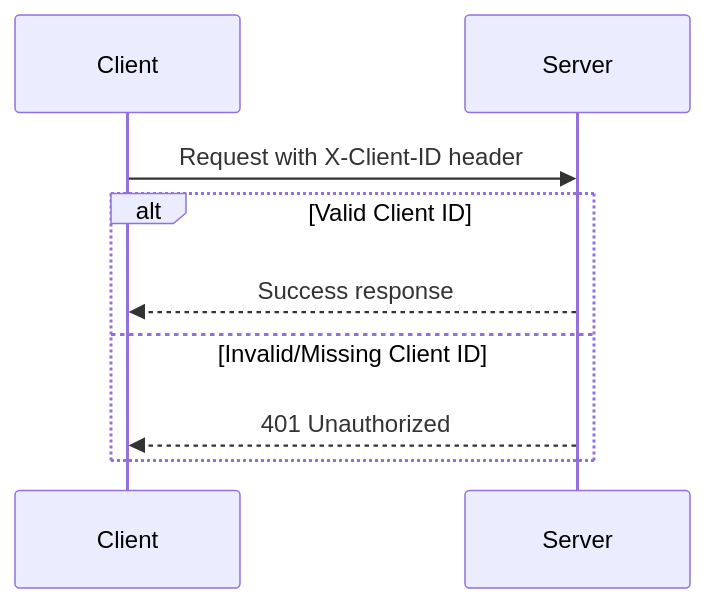
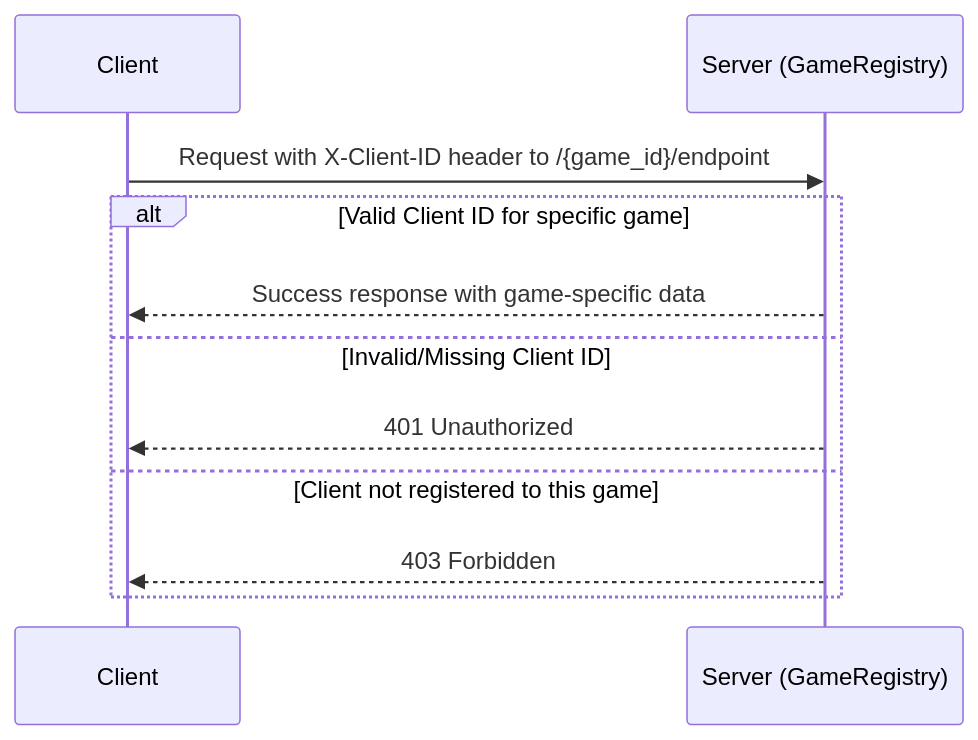
Before and after one commit to badbat75/tombola: the ninth of 11 diagrams in docs/FLOWS.md, drawn with Mermaid. The commit also changed other lines of this file and 13 other files, not shown here.

First line of the commit message:
Implement multi-game architecture with GameRegistry system

````diff
--- a/docs/FLOWS.md
+++ b/docs/FLOWS.md
@@ -178,12 +304,14 @@
 ```mermaid
 sequenceDiagram
     participant C as Client
-    participant S as Server
+    participant S as Server (GameRegistry)
 
-    C->>S: Request with X-Client-ID header
-    alt Valid Client ID
-        S-->>C: Success response
+    C->>S: Request with X-Client-ID header to /{game_id}/endpoint
+    alt Valid Client ID for specific game
+        S-->>C: Success response with game-specific data
     else Invalid/Missing Client ID
         S-->>C: 401 Unauthorized
+    else Client not registered to this game
+        S-->>C: 403 Forbidden
     end
 ```
````
